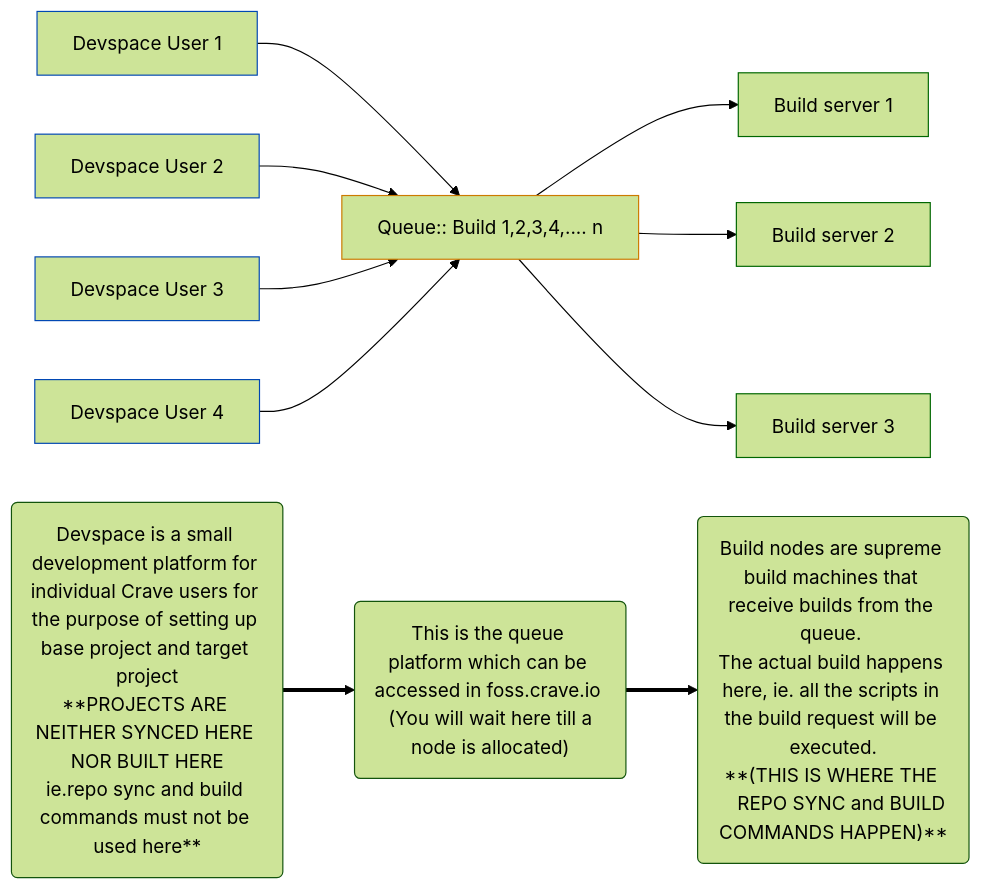
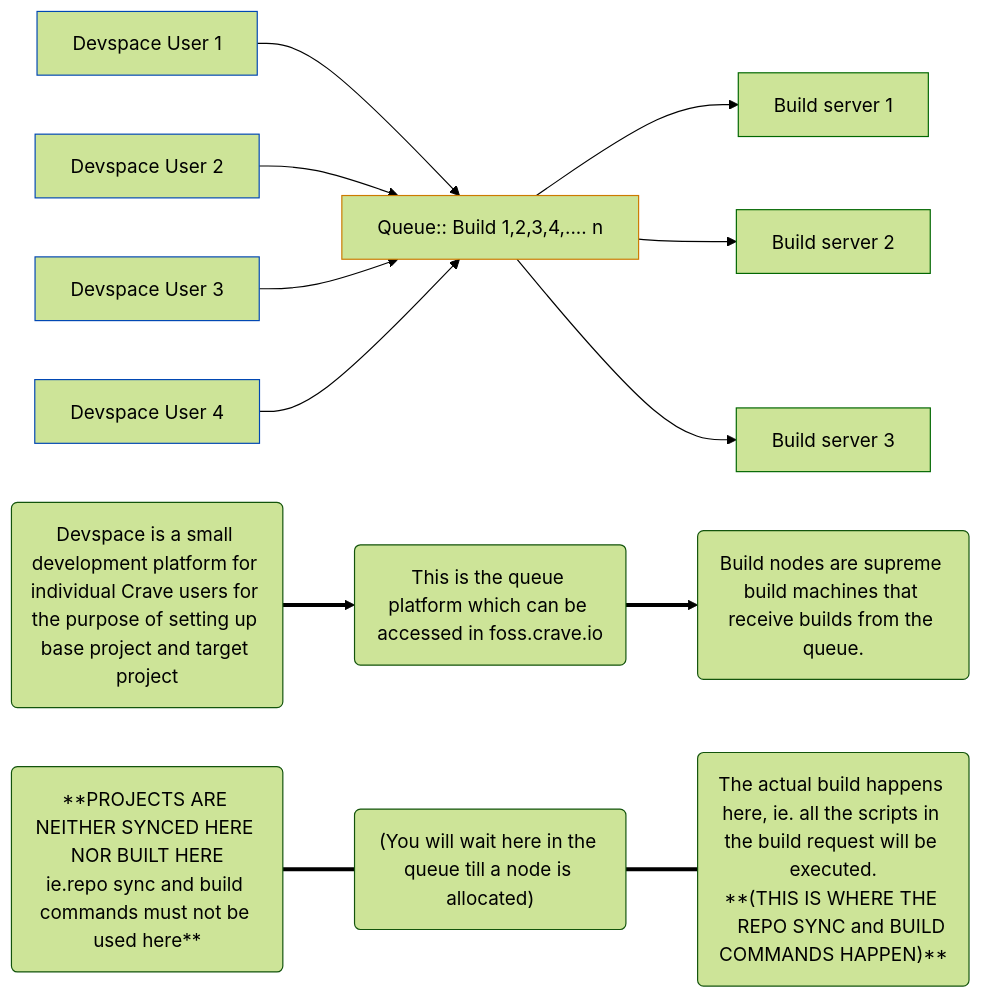
The diagram in getting-started/building-crave-run.md (FOSSonTop/crave), drawn with Mermaid (forest theme) before and after one commit.

Commit message:
Crave Run: Avoid overflow

````diff
--- a/getting-started/building-crave-run.md
+++ b/getting-started/building-crave-run.md
@@ -10,31 +10,36 @@
 ```mermaid
 graph LR
     A[Devspace User 1] --> M
     B[Devspace User 2] --> M
     C[Devspace User 3] --> M
     D[Devspace User 4] --> M
 
     M[Queue:: Build 1,2,3,4,.... n]
 
     M --> E[Build server 1]
     M --> F[Build server 2]
     M --> G[Build server 3]
 
     style A stroke:#0047b3
     style B stroke:#0047b3
     style C stroke:#0047b3
     style D stroke:#0047b3
     
     style M stroke:#cc7a00
     
     style E stroke:#006600
     style F stroke:#006600
     style G stroke:#006600
 
-    P("Devspace is a small development platform for individual Crave users for the purpose of setting up base project and target project<br>**PROJECTS ARE NEITHER SYNCED HERE NOR BUILT HERE<br>ie.repo sync and build commands must not be used here**")
-    Q("This is the queue platform which can be accessed in foss.crave.io  (You will wait here till a node is allocated)")
-    R("Build nodes are supreme build machines that receive builds from the queue. <br>The actual build happens here, ie. all the scripts in the build request will be executed.<br>**(THIS IS WHERE THE 
+    P("Devspace is a small development platform for individual Crave users for the purpose of setting up base project and target project")
+    Q("This is the queue platform which can be accessed in foss.crave.io")
+    R("Build nodes are supreme build machines that receive builds from the queue.")
+
+    S("**PROJECTS ARE NEITHER SYNCED HERE NOR BUILT HERE<br>ie.repo sync and build commands must not be used here**")
+    T("(You will wait here in the queue till a node is allocated)")
+    U("The actual build happens here, ie. all the scripts in the build request will be executed.<br>**(THIS IS WHERE THE 
     REPO SYNC and BUILD COMMANDS HAPPEN)**")
 
     P ==> Q ==> R
-  ```
+    S === T === U
+```
````
